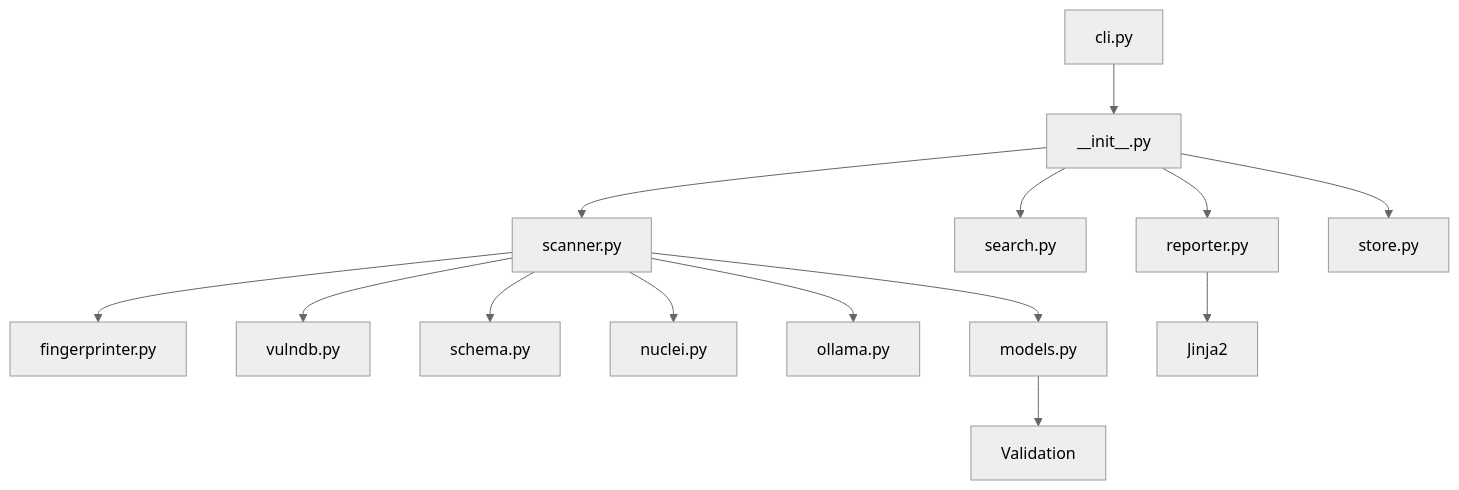
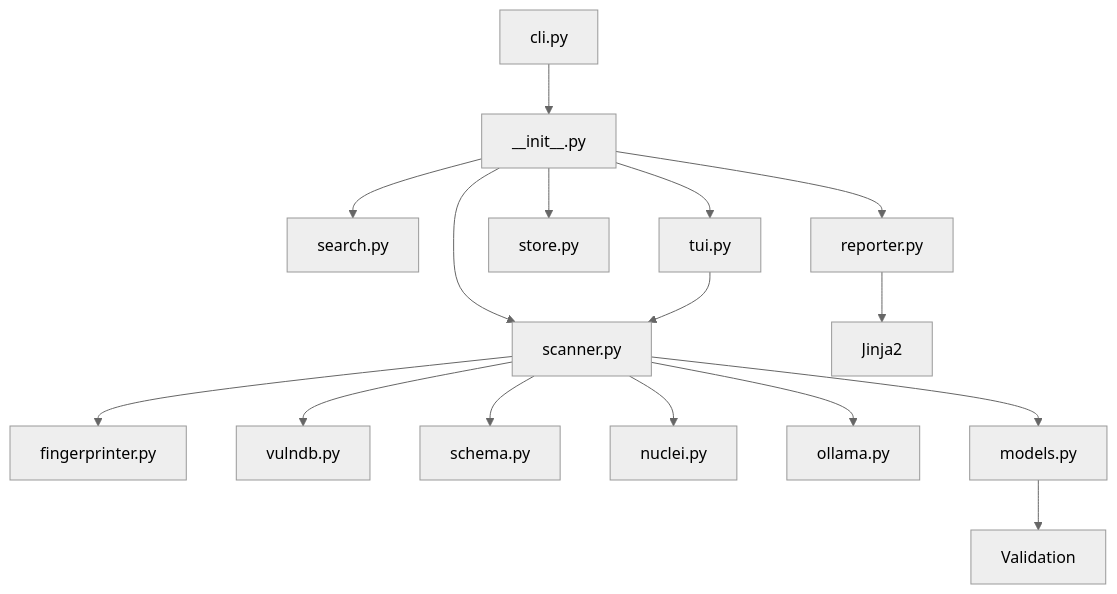
One commit to ajendras/php-fossil changed the diagram in README.md. Above: the diagram before and after it, drawn with Mermaid (neutral theme). The commit also changed other lines of this file and 6 other files, not shown here.

````diff
--- a/README.md
+++ b/README.md
@@ -239,16 +262,18 @@
 ```mermaid
 flowchart TD
     CLI[cli.py] --> API[__init__.py]
     API --> Scanner[scanner.py]
     Scanner --> Fingerprinter[fingerprinter.py]
     Scanner --> VulnDB[vulndb.py]
     Scanner --> Schema[schema.py]
     Scanner --> Nuclei[nuclei.py]
     Scanner --> Ollama[ollama.py]
     API --> Search[search.py]
     API --> Reporter[reporter.py]
     API --> Store[store.py]
+    API --> TUI[tui.py]
     Reporter --> HTML[Jinja2]
     Scanner --> Models[models.py]
     Models --> Pydantic[Validation]
+    TUI --> Scanner
 ```
````
